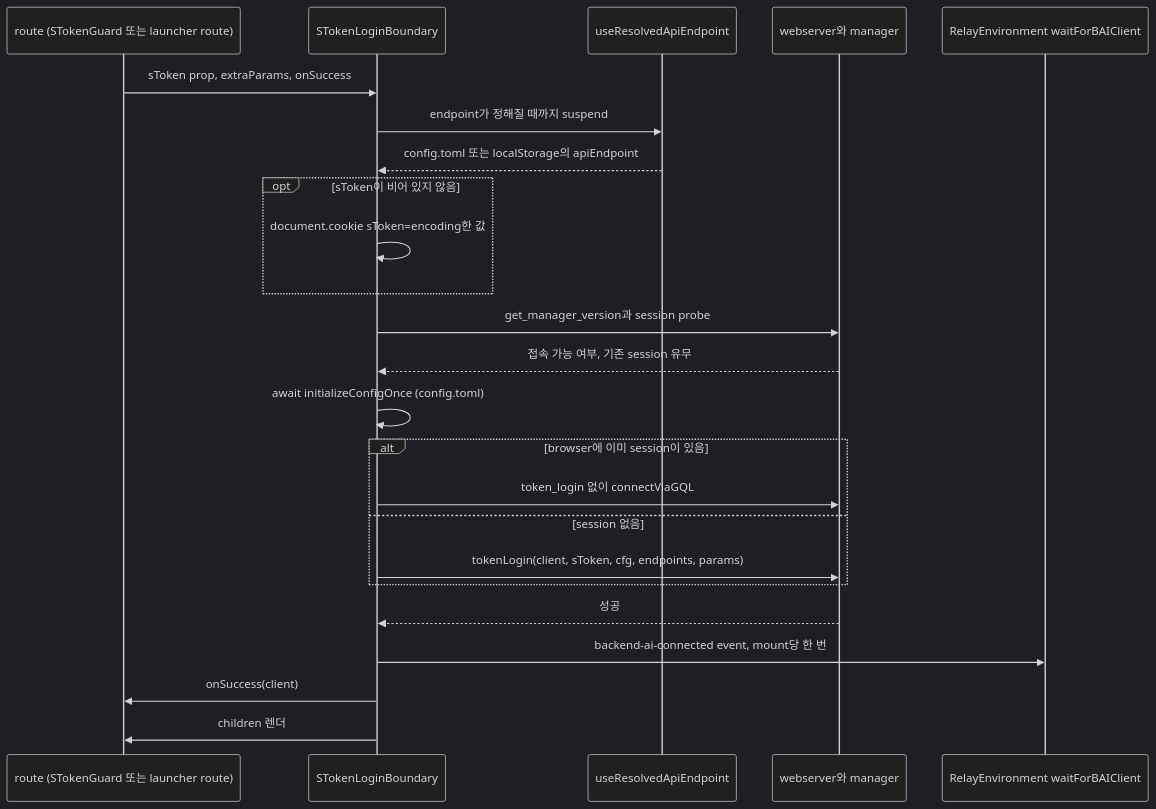
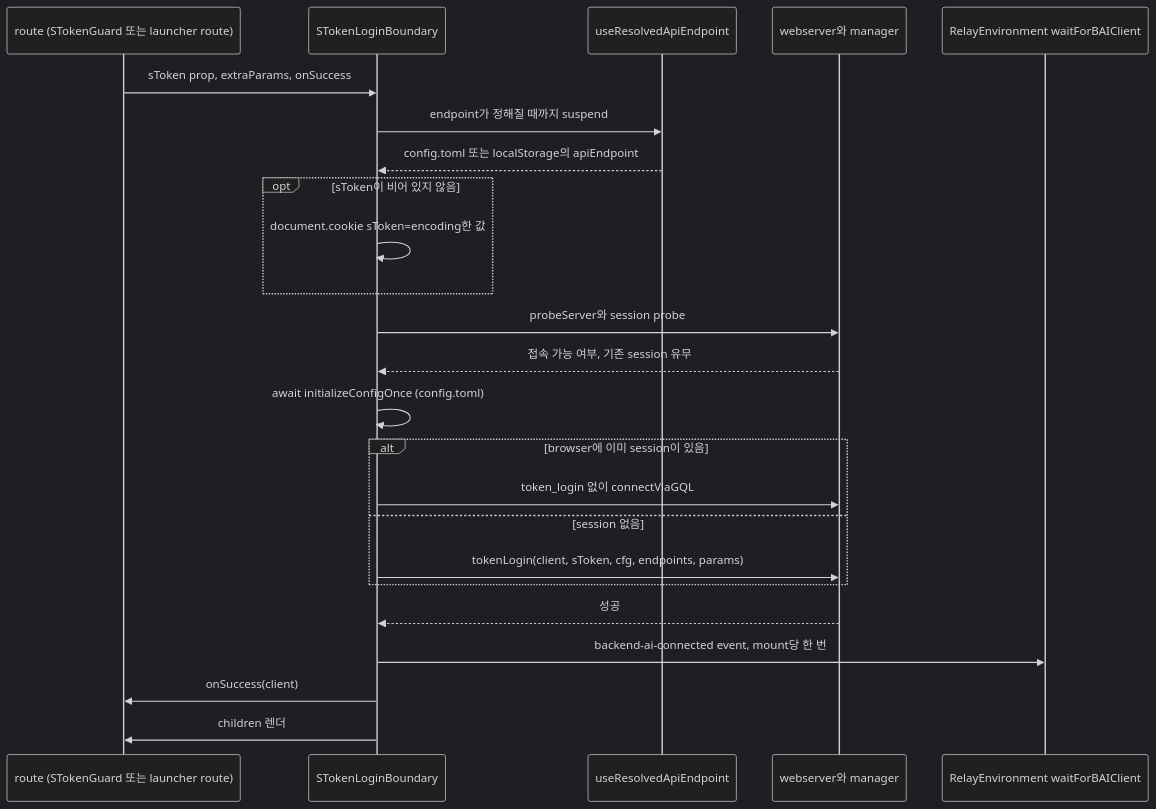
One commit to lablup/backend.ai-webui changed the second of 2 diagrams in docs/adr/0022-stoken-login-boundary-for-token-url-entry-points.ko.md. Above: the diagram before and after it, drawn with Mermaid (dark theme). The commit also changed other lines of this file and 17 other files, not shown here.

````diff
--- a/docs/adr/0022-stoken-login-boundary-for-token-url-entry-points.ko.md
+++ b/docs/adr/0022-stoken-login-boundary-for-token-url-entry-points.ko.md
@@ -50,26 +50,26 @@
 ```mermaid
 sequenceDiagram
   participant Route as route (STokenGuard 또는 launcher route)
   participant B as STokenLoginBoundary
   participant E as useResolvedApiEndpoint
   participant S as webserver와 manager
   participant R as RelayEnvironment waitForBAIClient
   Route->>B: sToken prop, extraParams, onSuccess
   B->>E: endpoint가 정해질 때까지 suspend
   E-->>B: config.toml 또는 localStorage의 apiEndpoint
   opt sToken이 비어 있지 않음
     B->>B: document.cookie sToken=encoding한 값
   end
-  B->>S: get_manager_version과 session probe
+  B->>S: probeServer와 session probe
   S-->>B: 접속 가능 여부, 기존 session 유무
   B->>B: await initializeConfigOnce (config.toml)
   alt browser에 이미 session이 있음
     B->>S: token_login 없이 connectViaGQL
   else session 없음
     B->>S: tokenLogin(client, sToken, cfg, endpoints, params)
   end
   S-->>B: 성공
   B->>R: backend-ai-connected event, mount당 한 번
   B->>Route: onSuccess(client)
   B->>Route: children 렌더
 ```
````
